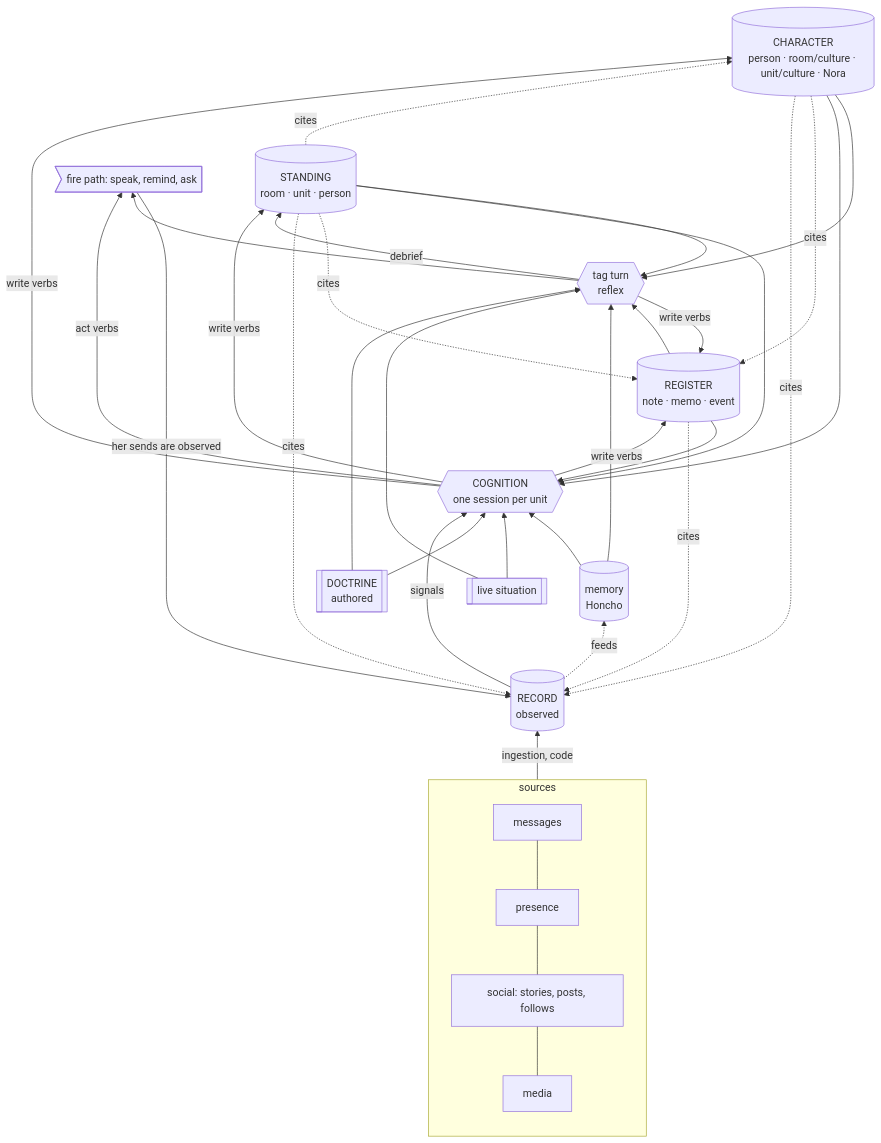
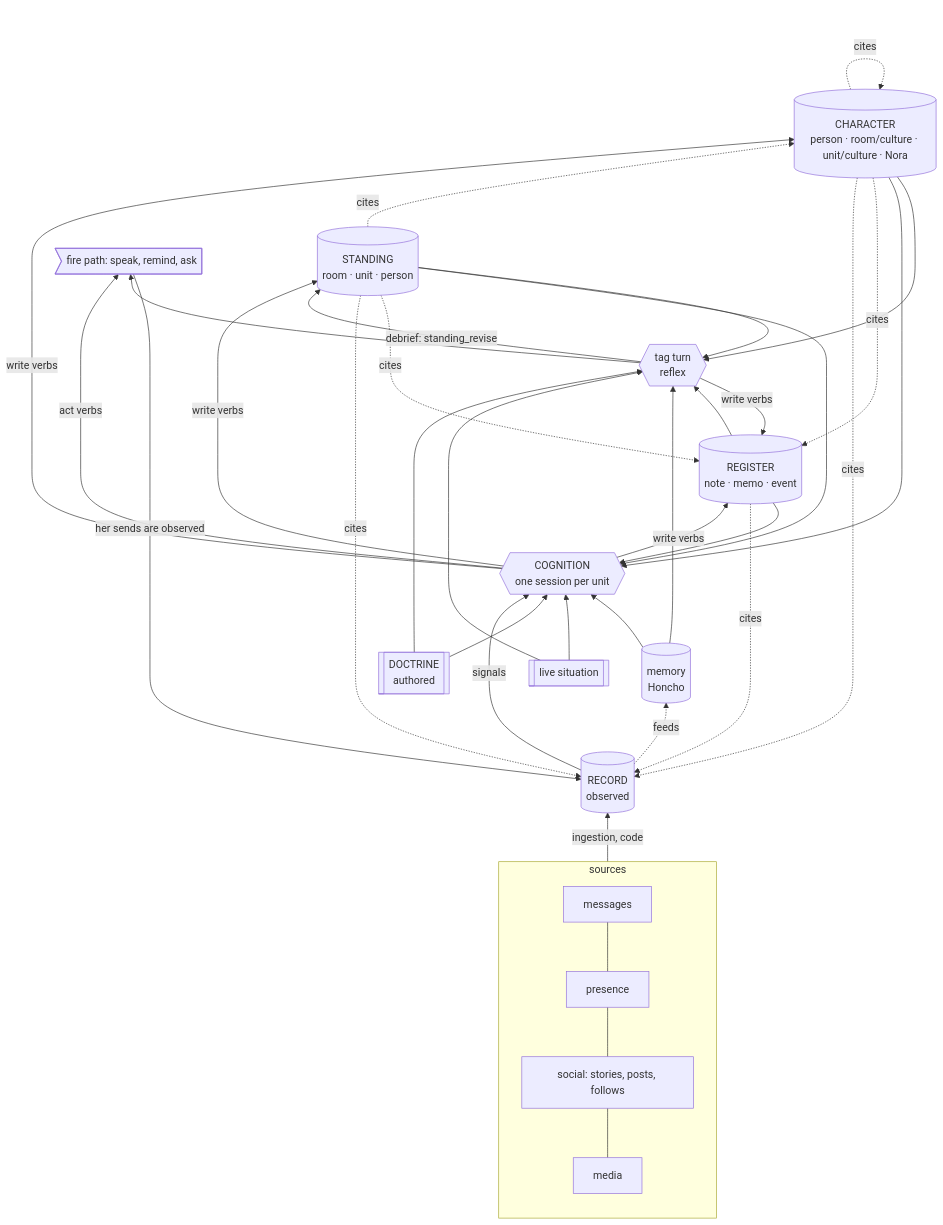
Before and after one commit to mikeng-io/nora: the diagram in design/cognition-loop/15-map.md, drawn with Mermaid. The commit also changed other lines of this file and 11 other files, not shown here.

````diff
--- a/design/cognition-loop/15-map.md
+++ b/design/cognition-loop/15-map.md
@@ -52,35 +54,35 @@
 ```mermaid
 flowchart BT
   subgraph SRC[sources]
     MSG[messages] --- PRES[presence] --- SOC[social: stories, posts, follows] --- MED[media]
   end
   REC[(RECORD<br/>observed)]
   REG[(REGISTER<br/>note · memo · event)]
   CHR[(CHARACTER<br/>person · room/culture · unit/culture · Nora)]
   STD[(STANDING<br/>room · unit · person)]
   MEM[(memory<br/>Honcho)]
   DOC[[DOCTRINE<br/>authored]]
   LIVE[[live situation]]
   COG{{COGNITION<br/>one session per unit}}
   TAG{{tag turn<br/>reflex}}
   FIRE>fire path: speak, remind, ask]
 
   SRC -->|ingestion, code| REC
   REC -->|signals| COG
   REC -.feeds.-> MEM
   COG -->|write verbs| REG
   COG -->|write verbs| CHR
   COG -->|write verbs| STD
   COG -->|act verbs| FIRE
   TAG -->|write verbs| REG
-  TAG -->|debrief| STD
+  TAG -->|debrief: standing_revise| STD
   TAG --> FIRE
   FIRE -->|her sends are observed| REC
   REG -. cites .-> REC
-  CHR -. cites .-> REC & REG
+  CHR -. cites .-> REC & REG & CHR
   STD -. cites .-> REC & REG & CHR
   DOC --> COG & TAG
   LIVE --> COG & TAG
   MEM --> COG & TAG
   REG & CHR & STD --> COG & TAG
 ```
````
